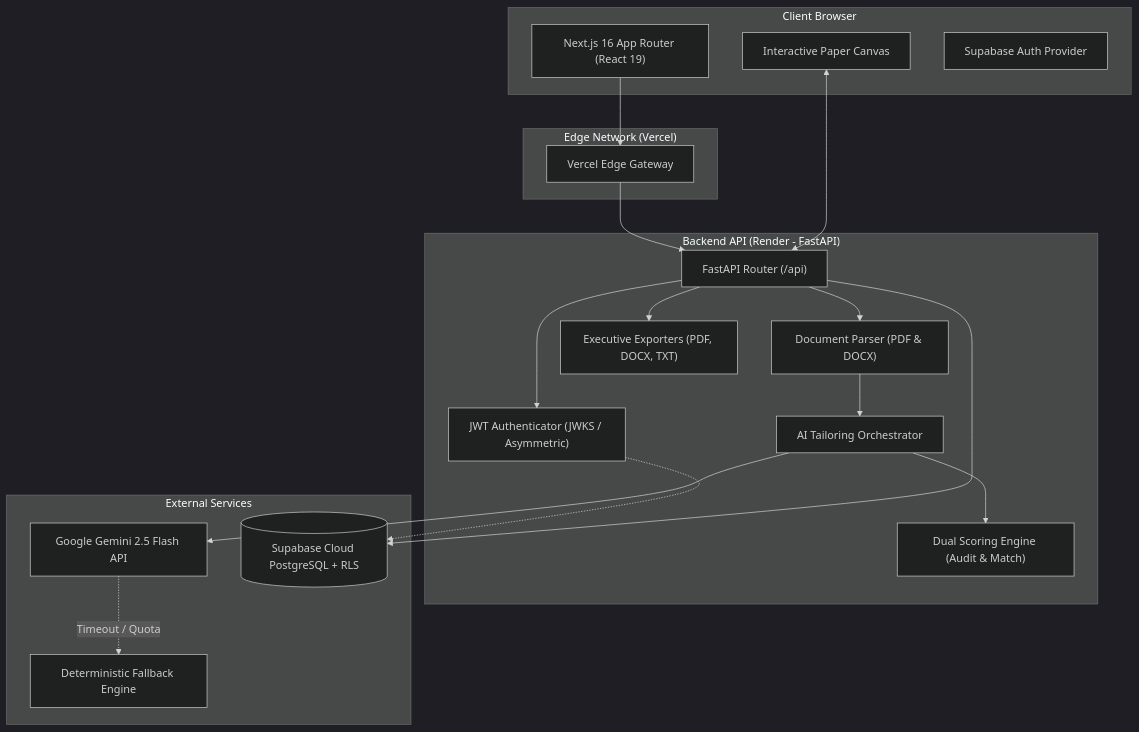
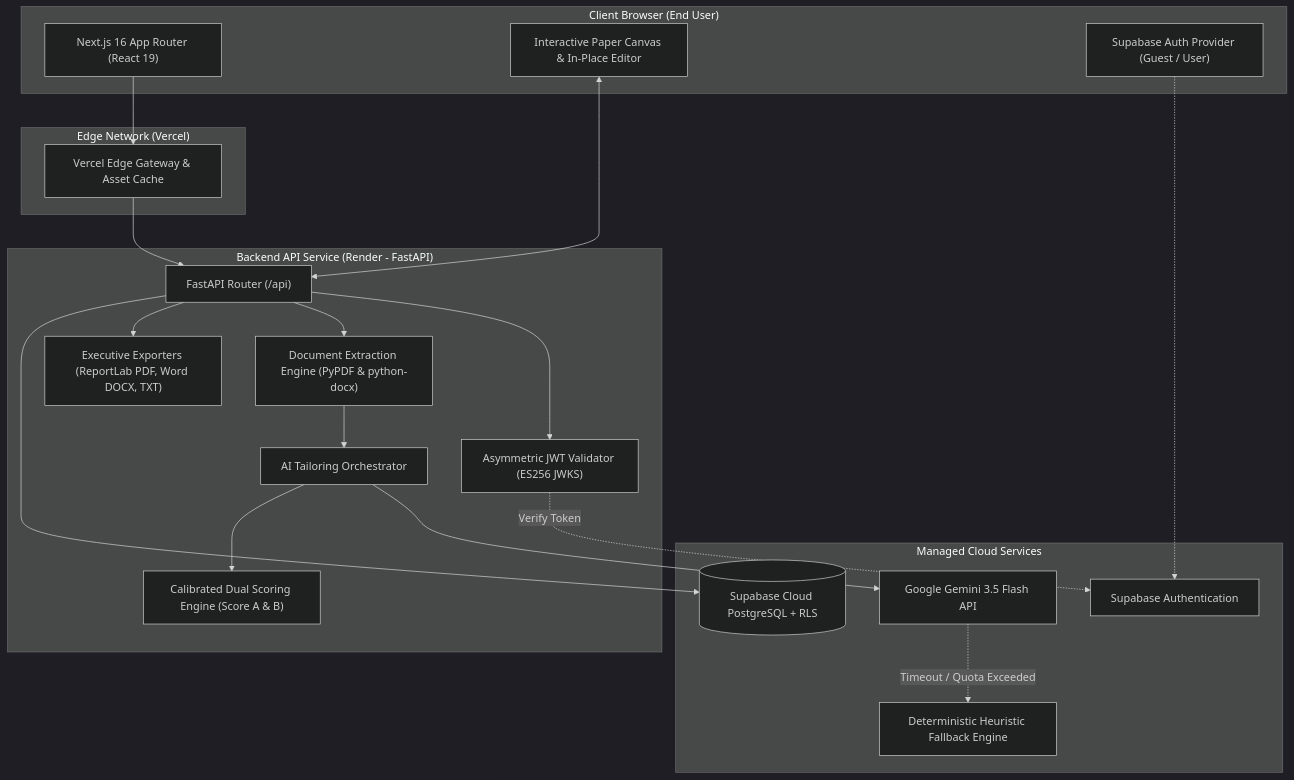
One commit to saipranav22-commits/resume-customizer-ai changed the first of 3 diagrams in README.md. Above: the diagram before and after it, drawn with Mermaid (dark theme). The commit also changed other lines of this file and 18 other files, not shown here.

````diff
--- a/README.md
+++ b/README.md
@@ -120,40 +186,42 @@
 ```mermaid
 flowchart TD
-    subgraph Client ["Client Browser"]
+    subgraph Client ["Client Browser (End User)"]
         UI["Next.js 16 App Router (React 19)"]
-        Canvas["Interactive Paper Canvas"]
-        AuthContext["Supabase Auth Provider"]
+        Canvas["Interactive Paper Canvas & In-Place Editor"]
+        AuthContext["Supabase Auth Provider (Guest / User)"]
     end
 
-    subgraph CDN ["Edge Network (Vercel)"]
-        EdgeProxy["Vercel Edge Gateway"]
+    subgraph Edge ["Edge Network (Vercel)"]
+        VercelCDN["Vercel Edge Gateway & Asset Cache"]
     end
 
-    subgraph Backend ["Backend API (Render - FastAPI)"]
+    subgraph Backend ["Backend API Service (Render - FastAPI)"]
         Router["FastAPI Router (/api)"]
-        JWKS["JWT Authenticator (JWKS / Asymmetric)"]
-        Parser["Document Parser (PDF & DOCX)"]
-        Scorer["Dual Scoring Engine (Audit & Match)"]
+        JWKS["Asymmetric JWT Validator (ES256 JWKS)"]
+        Parser["Document Extraction Engine (PyPDF & python-docx)"]
         Customizer["AI Tailoring Orchestrator"]
-        Exporter["Executive Exporters (PDF, DOCX, TXT)"]
+        DualScorer["Calibrated Dual Scoring Engine (Score A & B)"]
+        Exporter["Executive Exporters (ReportLab PDF, Word DOCX, TXT)"]
     end
 
-    subgraph External ["External Services"]
-        Gemini["Google Gemini 2.5 Flash API"]
-        Fallback["Deterministic Fallback Engine"]
+    subgraph CloudServices ["Managed Cloud Services"]
+        Gemini["Google Gemini 3.5 Flash API"]
+        Fallback["Deterministic Heuristic Fallback Engine"]
+        SupabaseAuth["Supabase Authentication"]
         SupabaseDB[("Supabase Cloud PostgreSQL + RLS")]
     end
 
-    UI --> EdgeProxy
-    EdgeProxy --> Router
+    UI --> VercelCDN
+    VercelCDN --> Router
+    Canvas <--> Router
+    AuthContext -.-> SupabaseAuth
     Router --> JWKS
-    JWKS -.-> SupabaseDB
+    JWKS -.->|Verify Token| SupabaseAuth
     Router --> Parser
     Parser --> Customizer
     Customizer --> Gemini
-    Gemini -.->|Timeout / Quota| Fallback
-    Customizer --> Scorer
+    Gemini -.->|Timeout / Quota Exceeded| Fallback
+    Customizer --> DualScorer
     Router --> Exporter
     Router --> SupabaseDB
-    Canvas <--> Router
 ```
````
